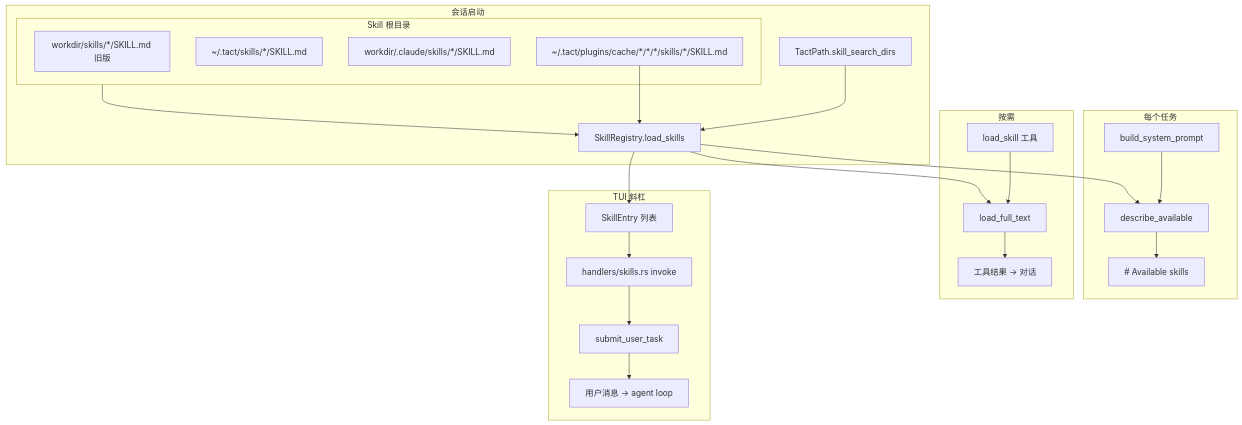
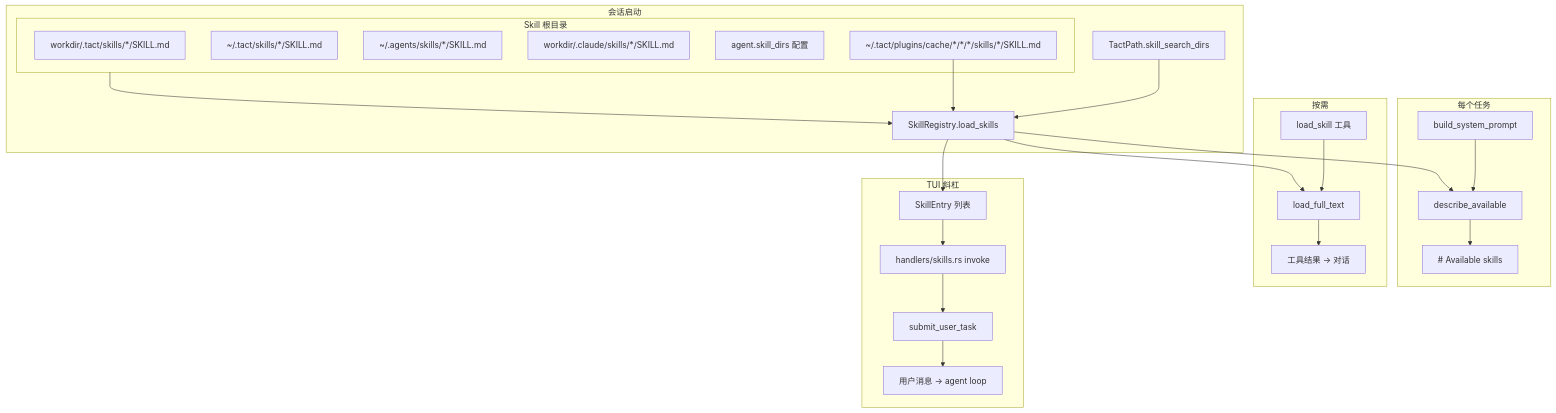
Before and after one commit to rust-infra/tact: the diagram in book/02_chapter_skill_zh.md, drawn with Mermaid. The commit also changed other lines of this file and 160 other files, not shown here.

````diff
--- a/book/02_chapter_skill_zh.md
+++ b/book/02_chapter_skill_zh.md
@@ -27,44 +27,46 @@
 ```mermaid
 graph TB
     subgraph Disk["Skill 根目录"]
-        L["workdir/skills/*/SKILL.md 旧版"]
+        T["workdir/.tact/skills/*/SKILL.md"]
         U["~/.tact/skills/*/SKILL.md"]
+        A["~/.agents/skills/*/SKILL.md"]
         P["workdir/.claude/skills/*/SKILL.md"]
+        C["agent.skill_dirs 配置"]
         I["~/.tact/plugins/cache/*/*/*/skills/*/SKILL.md"]
     end
 
     subgraph Startup["会话启动"]
         TP[TactPath.skill_search_dirs]
         SR[SkillRegistry.load_skills]
         TP --> SR
         Disk --> SR
         I --> SR
     end
 
     subgraph Prompt["每个任务"]
         BSP[build_system_prompt]
         DA[describe_available]
         BSP --> DA
         DA --> SP["# Available skills"]
     end
 
     subgraph Tool["按需"]
         LS[load_skill 工具]
         LFT[load_full_text]
         LS --> LFT
         LFT --> Ctx["工具结果 → 对话"]
     end
 
     subgraph Tui["TUI 斜杠"]
         SE[SkillEntry 列表]
         INV[handlers/skills.rs invoke]
         SUB[submit_user_task]
         SE --> INV
         INV --> SUB
         SUB --> UserMsg["用户消息 → agent loop"]
     end
 
     SR --> DA
     SR --> LFT
     SR --> SE
 ```
````
